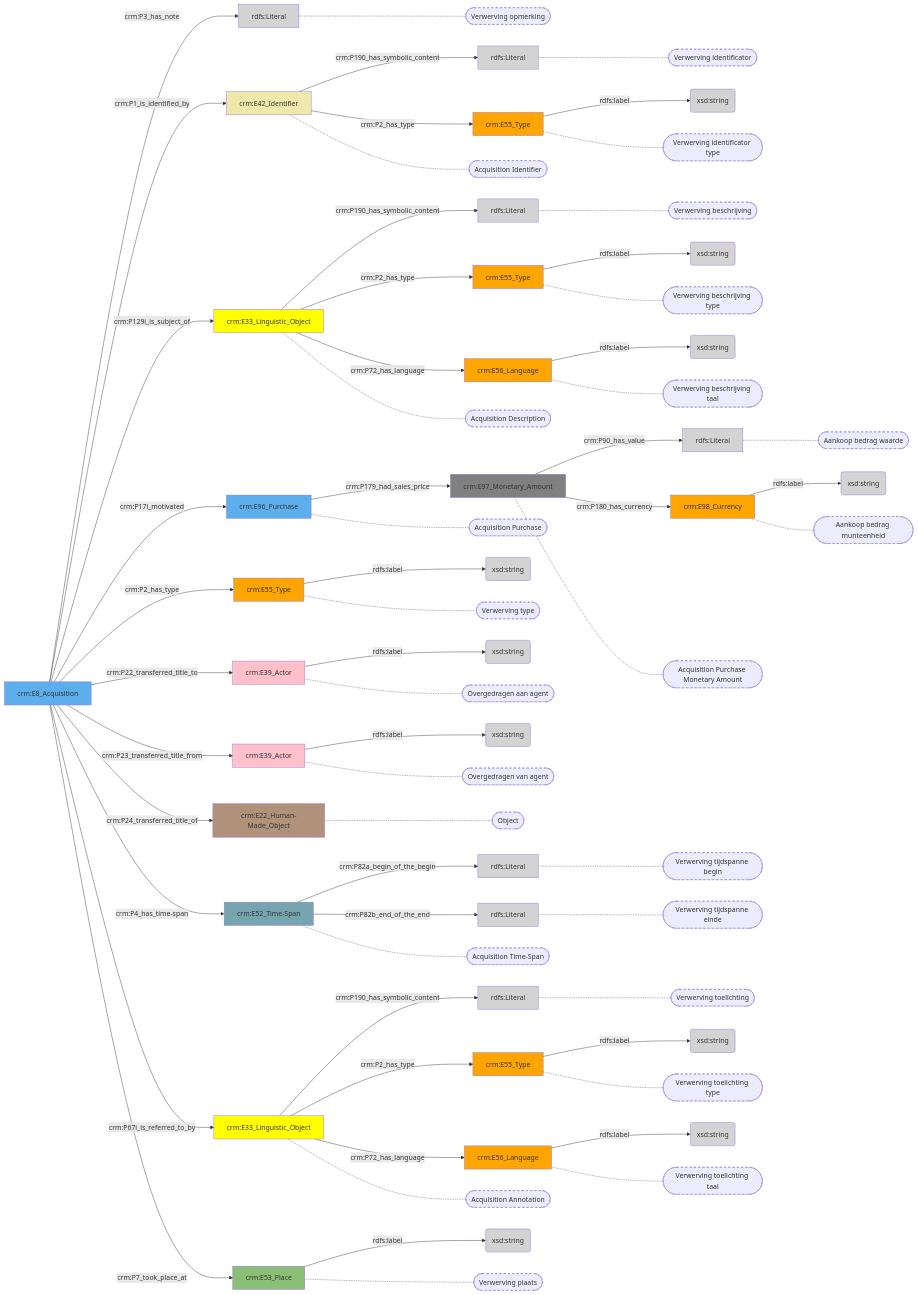
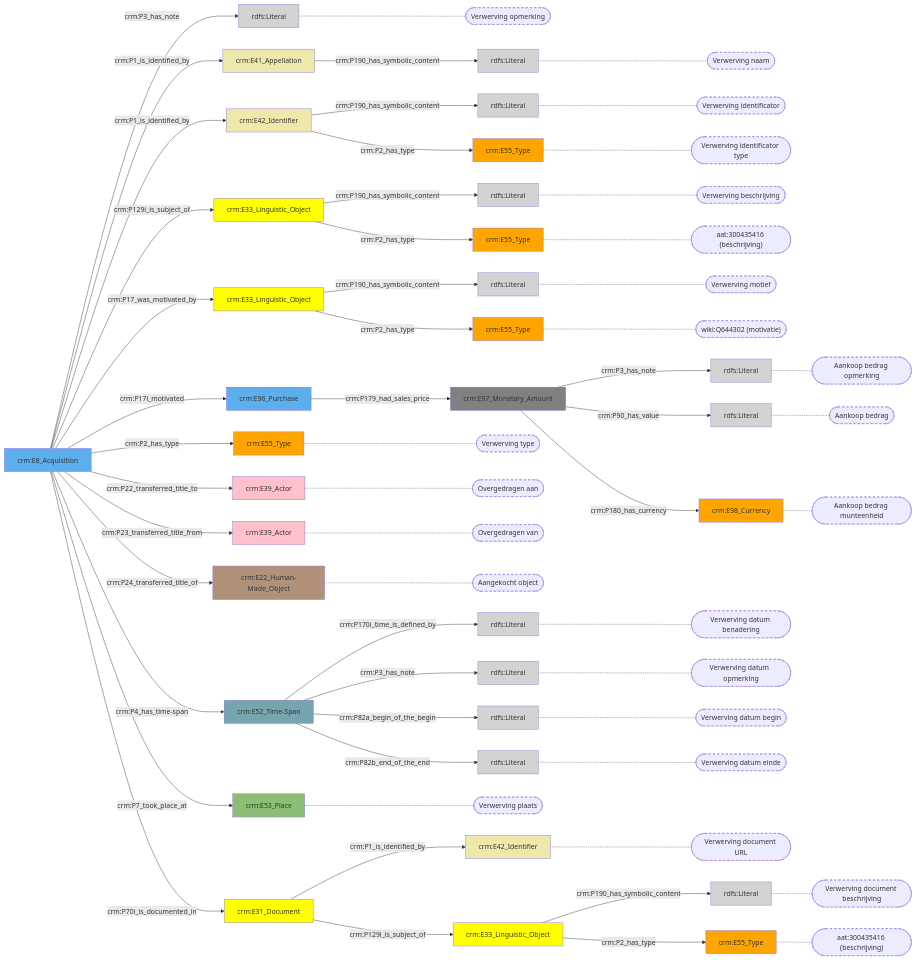
One commit to digipolisantwerpdocumentation/antwerp-cultureel-erfgoed changed the diagram in docs/content/modellen/Acquisition.md. Above: the diagram before and after it, drawn with Mermaid. The commit also changed 170 other files, not shown here.

````diff
--- a/docs/content/modellen/Acquisition.md
+++ b/docs/content/modellen/Acquisition.md
@@ -1,120 +1,114 @@
 ```mermaid
 graph LR
+style 0a2a3cd4-e991-11ed-9064-00163e71351b fill:#ffff00
+style 0a2a41ac-e991-11ed-9064-00163e71351b fill:#D3D3D3
+style 0a2a44d6-e991-11ed-9064-00163e71351b fill:#ffa500
+style 0b25d0f2-ee5b-11ed-9064-00163e71351b fill:#ffa500
+style 122e596a-e991-11ed-9232-00163e71351b fill:#D3D3D3
+style 24843382-e542-11ee-8f1b-960002548b4f fill:#EEE8AA
+style 2c119771-e540-11ee-b73f-960002548b4f fill:#D3D3D3
+style 30ce6bc2-3d17-11ef-ac04-960002548b4f fill:#D3D3D3
+style 35be857b-e542-11ee-98ef-960002548b4f fill:#D3D3D3
+style 37872002-ea6d-11ed-a1e6-00163e71351b fill:#5DAEEC
+style 39e86e48-e994-11ed-9232-00163e71351b fill:#B0927A
+style 3bcc24d5-e540-11ee-94ee-960002548b4f fill:#ffa500
+style 4b81aff7-e541-11ee-921a-960002548b4f fill:#ffff00
+style 572bbd7d-3d17-11ef-93c1-960002548b4f fill:#D3D3D3
+style 695b5b55-f19f-11ee-a866-960002548b4f fill:#D3D3D3
+style 70b9ebb3-e541-11ee-8711-960002548b4f fill:#D3D3D3
+style 7b658ca8-d44e-11ed-9064-00163e71351b fill:#5DAEEC
+style 7fd84e3a-e991-11ed-9655-00163e71351b fill:#8CBF76
+style 8be2fd34-e990-11ed-9655-00163e71351b fill:#ffc0cb
+style 99988ee4-e990-11ed-9232-00163e71351b fill:#ffa500
+style b2f4b0e2-e991-11ed-9064-00163e71351b fill:#ffc0cb
+style b35a7c94-b086-11ee-b321-960002548b4f fill:#EEE8AA
+style b35a81b6-b086-11ee-a40a-960002548b4f fill:#D3D3D3
+style b35a82e2-b086-11ee-913f-960002548b4f fill:#ffa500
+style bd85e9d7-e53f-11ee-9402-960002548b4f fill:#ffff00
+style bfbfd116-ee5b-11ed-9232-00163e71351b fill:#D3D3D3
+style cc4f2144-ea6d-11ed-9232-00163e71351b fill:#808080
+style ce2590b1-6e7f-11ef-a8c0-960002548b4f fill:#ffa500
+style d5400f4c-e53f-11ee-928f-960002548b4f fill:#EEE8AA
+style d638bcba-e541-11ee-bb9d-960002548b4f fill:#D3D3D3
+style d865b38b-645b-11ef-b970-960002548b4f fill:#D3D3D3
+style dcc8aca4-f0c9-11ee-b461-960002548b4f fill:#76A5AF
+style fa4a2c3c-e53f-11ee-a766-960002548b4f fill:#ffff00
 0a2a3cd4-e991-11ed-9064-00163e71351b["crm:E33_Linguistic_Object"]-->|"crm:P190_has_symbolic_content"|0a2a41ac-e991-11ed-9064-00163e71351b(rdfs:Literal)
-0a2a44d6-e991-11ed-9064-00163e71351b["crm:E55_Type"]-->|"rdfs:label"|0a2a4364-e991-11ed-9064-00163e71351b(xsd:string)
-0a2a479c-e991-11ed-9064-00163e71351b["crm:E56_Language"]-->|"rdfs:label"|0a2a463e-e991-11ed-9064-00163e71351b(xsd:string)
-0b25d0f2-ee5b-11ed-9064-00163e71351b["crm:E98_Currency"]-->|"rdfs:label"|2b87213e-ee5b-11ed-9232-00163e71351b(xsd:string)
+24843382-e542-11ee-8f1b-960002548b4f["crm:E41_Appellation"]-->|"crm:P190_has_symbolic_content"|35be857b-e542-11ee-98ef-960002548b4f(rdfs:Literal)
+4b81aff7-e541-11ee-921a-960002548b4f["crm:E33_Linguistic_Object"]-->|"crm:P190_has_symbolic_content"|70b9ebb3-e541-11ee-8711-960002548b4f(rdfs:Literal)
 7b658ca8-d44e-11ed-9064-00163e71351b["crm:E8_Acquisition"]-->|"crm:P3_has_note"|122e596a-e991-11ed-9232-00163e71351b(rdfs:Literal)
-7fd84e3a-e991-11ed-9655-00163e71351b["crm:E53_Place"]-->|"rdfs:label"|944805ae-e991-11ed-9655-00163e71351b(xsd:string)
-8b3dd634-ee3a-11ed-9232-00163e71351b["crm:E33_Linguistic_Object"]-->|"crm:P190_has_symbolic_content"|8b3ddc60-ee3a-11ed-9232-00163e71351b(rdfs:Literal)
-8b3dda12-ee3a-11ed-9232-00163e71351b["crm:E55_Type"]-->|"rdfs:label"|8b3dde5e-ee3a-11ed-9232-00163e71351b(xsd:string)
-8b3ddb52-ee3a-11ed-9232-00163e71351b["crm:E56_Language"]-->|"rdfs:label"|8b3ddd5a-ee3a-11ed-9232-00163e71351b(xsd:string)
-8be2fd34-e990-11ed-9655-00163e71351b["crm:E39_Actor"]-->|"rdfs:label"|8be301f8-e990-11ed-9655-00163e71351b(xsd:string)
-920ead2a-e990-11ed-9232-00163e71351b["crm:E52_Time-Span"]-->|"crm:P82a_begin_of_the_begin"|920eb66c-e990-11ed-9232-00163e71351b(rdfs:Literal)
-920ead2a-e990-11ed-9232-00163e71351b["crm:E52_Time-Span"]-->|"crm:P82b_end_of_the_end"|920eb400-e990-11ed-9232-00163e71351b(rdfs:Literal)
-99988ee4-e990-11ed-9232-00163e71351b["crm:E55_Type"]-->|"rdfs:label"|999895b0-e990-11ed-9232-00163e71351b(xsd:string)
-b2f4b0e2-e991-11ed-9064-00163e71351b["crm:E39_Actor"]-->|"rdfs:label"|c905c4f2-e991-11ed-9232-00163e71351b(xsd:string)
 b35a7c94-b086-11ee-b321-960002548b4f["crm:E42_Identifier"]-->|"crm:P190_has_symbolic_content"|b35a81b6-b086-11ee-a40a-960002548b4f(rdfs:Literal)
-b35a82e2-b086-11ee-913f-960002548b4f["crm:E55_Type"]-->|"rdfs:label"|b35a8079-b086-11ee-a834-960002548b4f(xsd:string)
+cc4f2144-ea6d-11ed-9232-00163e71351b["crm:E97_Monetary_Amount"]-->|"crm:P3_has_note"|d638bcba-e541-11ee-bb9d-960002548b4f(rdfs:Literal)
 cc4f2144-ea6d-11ed-9232-00163e71351b["crm:E97_Monetary_Amount"]-->|"crm:P90_has_value"|bfbfd116-ee5b-11ed-9232-00163e71351b(rdfs:Literal)
+dcc8aca4-f0c9-11ee-b461-960002548b4f["crm:E52_Time-Span"]-->|"crm:P170i_time_is_defined_by"|d865b38b-645b-11ef-b970-960002548b4f(rdfs:Literal)
+dcc8aca4-f0c9-11ee-b461-960002548b4f["crm:E52_Time-Span"]-->|"crm:P3_has_note"|695b5b55-f19f-11ee-a866-960002548b4f(rdfs:Literal)
+dcc8aca4-f0c9-11ee-b461-960002548b4f["crm:E52_Time-Span"]-->|"crm:P82a_begin_of_the_begin"|30ce6bc2-3d17-11ef-ac04-960002548b4f(rdfs:Literal)
+dcc8aca4-f0c9-11ee-b461-960002548b4f["crm:E52_Time-Span"]-->|"crm:P82b_end_of_the_end"|572bbd7d-3d17-11ef-93c1-960002548b4f(rdfs:Literal)
+fa4a2c3c-e53f-11ee-a766-960002548b4f["crm:E33_Linguistic_Object"]-->|"crm:P190_has_symbolic_content"|2c119771-e540-11ee-b73f-960002548b4f(rdfs:Literal)
+0a2a41ac-e991-11ed-9064-00163e71351b["rdfs:Literal"]-.-0a2a41ac-e991-11ed-9064-00163e71351b_s(["Verwerving beschrijving"])
+0a2a44d6-e991-11ed-9064-00163e71351b["crm:E55_Type"]-.-0a2a44d6-e991-11ed-9064-00163e71351b_s(["aat:300435416 (beschrijving)"])
+35be857b-e542-11ee-98ef-960002548b4f["rdfs:Literal"]-.-35be857b-e542-11ee-98ef-960002548b4f_s(["Verwerving naam"])
+70b9ebb3-e541-11ee-8711-960002548b4f["rdfs:Literal"]-.-70b9ebb3-e541-11ee-8711-960002548b4f_s(["Verwerving motief"])
+ce2590b1-6e7f-11ef-a8c0-960002548b4f["crm:E55_Type"]-.-ce2590b1-6e7f-11ef-a8c0-960002548b4f_s(["wiki:Q644302 (motivatie)"])
+99988ee4-e990-11ed-9232-00163e71351b["crm:E55_Type"]-.-99988ee4-e990-11ed-9232-00163e71351b_s(["Verwerving type"])
+b2f4b0e2-e991-11ed-9064-00163e71351b["crm:E39_Actor"]-.-b2f4b0e2-e991-11ed-9064-00163e71351b_s(["Overgedragen aan"])
+8be2fd34-e990-11ed-9655-00163e71351b["crm:E39_Actor"]-.-8be2fd34-e990-11ed-9655-00163e71351b_s(["Overgedragen van"])
+39e86e48-e994-11ed-9232-00163e71351b["crm:E22_Human-Made_Object"]-.-39e86e48-e994-11ed-9232-00163e71351b_s(["Aangekocht object"])
+122e596a-e991-11ed-9232-00163e71351b["rdfs:Literal"]-.-122e596a-e991-11ed-9232-00163e71351b_s(["Verwerving opmerking"])
+7fd84e3a-e991-11ed-9655-00163e71351b["crm:E53_Place"]-.-7fd84e3a-e991-11ed-9655-00163e71351b_s(["Verwerving plaats"])
+b35a81b6-b086-11ee-a40a-960002548b4f["rdfs:Literal"]-.-b35a81b6-b086-11ee-a40a-960002548b4f_s(["Verwerving identificator"])
+b35a82e2-b086-11ee-913f-960002548b4f["crm:E55_Type"]-.-b35a82e2-b086-11ee-913f-960002548b4f_s(["Verwerving identificator type"])
+d5400f4c-e53f-11ee-928f-960002548b4f["crm:E42_Identifier"]-.-d5400f4c-e53f-11ee-928f-960002548b4f_s(["Verwerving document URL"])
+0b25d0f2-ee5b-11ed-9064-00163e71351b["crm:E98_Currency"]-.-0b25d0f2-ee5b-11ed-9064-00163e71351b_s(["Aankoop bedrag munteenheid"])
+d638bcba-e541-11ee-bb9d-960002548b4f["rdfs:Literal"]-.-d638bcba-e541-11ee-bb9d-960002548b4f_s(["Aankoop bedrag opmerking"])
+bfbfd116-ee5b-11ed-9232-00163e71351b["rdfs:Literal"]-.-bfbfd116-ee5b-11ed-9232-00163e71351b_s(["Aankoop bedrag"])
+d865b38b-645b-11ef-b970-960002548b4f["rdfs:Literal"]-.-d865b38b-645b-11ef-b970-960002548b4f_s(["Verwerving datum benadering"])
+695b5b55-f19f-11ee-a866-960002548b4f["rdfs:Literal"]-.-695b5b55-f19f-11ee-a866-960002548b4f_s(["Verwerving datum  opmerking"])
+30ce6bc2-3d17-11ef-ac04-960002548b4f["rdfs:Literal"]-.-30ce6bc2-3d17-11ef-ac04-960002548b4f_s(["Verwerving datum begin"])
+572bbd7d-3d17-11ef-93c1-960002548b4f["rdfs:Literal"]-.-572bbd7d-3d17-11ef-93c1-960002548b4f_s(["Verwerving datum einde"])
+2c119771-e540-11ee-b73f-960002548b4f["rdfs:Literal"]-.-2c119771-e540-11ee-b73f-960002548b4f_s(["Verwerving document beschrijving"])
+3bcc24d5-e540-11ee-94ee-960002548b4f["crm:E55_Type"]-.-3bcc24d5-e540-11ee-94ee-960002548b4f_s(["aat:300435416 (beschrijving)"])
 0a2a3cd4-e991-11ed-9064-00163e71351b["crm:E33_Linguistic_Object"]-->|"crm:P2_has_type"|0a2a44d6-e991-11ed-9064-00163e71351b["crm:E55_Type"]
-0a2a3cd4-e991-11ed-9064-00163e71351b["crm:E33_Linguistic_Object"]-->|"crm:P72_has_language"|0a2a479c-e991-11ed-9064-00163e71351b["crm:E56_Language"]
 37872002-ea6d-11ed-a1e6-00163e71351b["crm:E96_Purchase"]-->|"crm:P179_had_sales_price"|cc4f2144-ea6d-11ed-9232-00163e71351b["crm:E97_Monetary_Amount"]
+4b81aff7-e541-11ee-921a-960002548b4f["crm:E33_Linguistic_Object"]-->|"crm:P2_has_type"|ce2590b1-6e7f-11ef-a8c0-960002548b4f["crm:E55_Type"]
+7b658ca8-d44e-11ed-9064-00163e71351b["crm:E8_Acquisition"]-->|"crm:P1_is_identified_by"|24843382-e542-11ee-8f1b-960002548b4f["crm:E41_Appellation"]
 7b658ca8-d44e-11ed-9064-00163e71351b["crm:E8_Acquisition"]-->|"crm:P1_is_identified_by"|b35a7c94-b086-11ee-b321-960002548b4f["crm:E42_Identifier"]
 7b658ca8-d44e-11ed-9064-00163e71351b["crm:E8_Acquisition"]-->|"crm:P129i_is_subject_of"|0a2a3cd4-e991-11ed-9064-00163e71351b["crm:E33_Linguistic_Object"]
+7b658ca8-d44e-11ed-9064-00163e71351b["crm:E8_Acquisition"]-->|"crm:P17_was_motivated_by"|4b81aff7-e541-11ee-921a-960002548b4f["crm:E33_Linguistic_Object"]
 7b658ca8-d44e-11ed-9064-00163e71351b["crm:E8_Acquisition"]-->|"crm:P17i_motivated"|37872002-ea6d-11ed-a1e6-00163e71351b["crm:E96_Purchase"]
 7b658ca8-d44e-11ed-9064-00163e71351b["crm:E8_Acquisition"]-->|"crm:P2_has_type"|99988ee4-e990-11ed-9232-00163e71351b["crm:E55_Type"]
 7b658ca8-d44e-11ed-9064-00163e71351b["crm:E8_Acquisition"]-->|"crm:P22_transferred_title_to"|b2f4b0e2-e991-11ed-9064-00163e71351b["crm:E39_Actor"]
 7b658ca8-d44e-11ed-9064-00163e71351b["crm:E8_Acquisition"]-->|"crm:P23_transferred_title_from"|8be2fd34-e990-11ed-9655-00163e71351b["crm:E39_Actor"]
 7b658ca8-d44e-11ed-9064-00163e71351b["crm:E8_Acquisition"]-->|"crm:P24_transferred_title_of"|39e86e48-e994-11ed-9232-00163e71351b["crm:E22_Human-Made_Object"]
-7b658ca8-d44e-11ed-9064-00163e71351b["crm:E8_Acquisition"]-->|"crm:P4_has_time-span"|920ead2a-e990-11ed-9232-00163e71351b["crm:E52_Time-Span"]
-7b658ca8-d44e-11ed-9064-00163e71351b["crm:E8_Acquisition"]-->|"crm:P67i_is_referred_to_by"|8b3dd634-ee3a-11ed-9232-00163e71351b["crm:E33_Linguistic_Object"]
+7b658ca8-d44e-11ed-9064-00163e71351b["crm:E8_Acquisition"]-->|"crm:P4_has_time-span"|dcc8aca4-f0c9-11ee-b461-960002548b4f["crm:E52_Time-Span"]
 7b658ca8-d44e-11ed-9064-00163e71351b["crm:E8_Acquisition"]-->|"crm:P7_took_place_at"|7fd84e3a-e991-11ed-9655-00163e71351b["crm:E53_Place"]
-8b3dd634-ee3a-11ed-9232-00163e71351b["crm:E33_Linguistic_Object"]-->|"crm:P2_has_type"|8b3dda12-ee3a-11ed-9232-00163e71351b["crm:E55_Type"]
-8b3dd634-ee3a-11ed-9232-00163e71351b["crm:E33_Linguistic_Object"]-->|"crm:P72_has_language"|8b3ddb52-ee3a-11ed-9232-00163e71351b["crm:E56_Language"]
+7b658ca8-d44e-11ed-9064-00163e71351b["crm:E8_Acquisition"]-->|"crm:P70i_is_documented_in"|bd85e9d7-e53f-11ee-9402-960002548b4f["crm:E31_Document"]
 b35a7c94-b086-11ee-b321-960002548b4f["crm:E42_Identifier"]-->|"crm:P2_has_type"|b35a82e2-b086-11ee-913f-960002548b4f["crm:E55_Type"]
+bd85e9d7-e53f-11ee-9402-960002548b4f["crm:E31_Document"]-->|"crm:P1_is_identified_by"|d5400f4c-e53f-11ee-928f-960002548b4f["crm:E42_Identifier"]
+bd85e9d7-e53f-11ee-9402-960002548b4f["crm:E31_Document"]-->|"crm:P129i_is_subject_of"|fa4a2c3c-e53f-11ee-a766-960002548b4f["crm:E33_Linguistic_Object"]
 cc4f2144-ea6d-11ed-9232-00163e71351b["crm:E97_Monetary_Amount"]-->|"crm:P180_has_currency"|0b25d0f2-ee5b-11ed-9064-00163e71351b["crm:E98_Currency"]
+fa4a2c3c-e53f-11ee-a766-960002548b4f["crm:E33_Linguistic_Object"]-->|"crm:P2_has_type"|3bcc24d5-e540-11ee-94ee-960002548b4f["crm:E55_Type"]
 style 0a2a41ac-e991-11ed-9064-00163e71351b_s stroke-dasharray: 5
 style 0a2a44d6-e991-11ed-9064-00163e71351b_s stroke-dasharray: 5
-style 0a2a479c-e991-11ed-9064-00163e71351b_s stroke-dasharray: 5
-style cc4f2144-ea6d-11ed-9232-00163e71351b_s stroke-dasharray: 5
-style b35a7c94-b086-11ee-b321-960002548b4f_s stroke-dasharray: 5
-style 0a2a3cd4-e991-11ed-9064-00163e71351b_s stroke-dasharray: 5
-style 37872002-ea6d-11ed-a1e6-00163e71351b_s stroke-dasharray: 5
+style 35be857b-e542-11ee-98ef-960002548b4f_s stroke-dasharray: 5
+style 70b9ebb3-e541-11ee-8711-960002548b4f_s stroke-dasharray: 5
+style ce2590b1-6e7f-11ef-a8c0-960002548b4f_s stroke-dasharray: 5
 style 99988ee4-e990-11ed-9232-00163e71351b_s stroke-dasharray: 5
 style b2f4b0e2-e991-11ed-9064-00163e71351b_s stroke-dasharray: 5
 style 8be2fd34-e990-11ed-9655-00163e71351b_s stroke-dasharray: 5
 style 39e86e48-e994-11ed-9232-00163e71351b_s stroke-dasharray: 5
 style 122e596a-e991-11ed-9232-00163e71351b_s stroke-dasharray: 5
-style 920ead2a-e990-11ed-9232-00163e71351b_s stroke-dasharray: 5
-style 8b3dd634-ee3a-11ed-9232-00163e71351b_s stroke-dasharray: 5
 style 7fd84e3a-e991-11ed-9655-00163e71351b_s stroke-dasharray: 5
-style 8b3ddc60-ee3a-11ed-9232-00163e71351b_s stroke-dasharray: 5
-style 8b3dda12-ee3a-11ed-9232-00163e71351b_s stroke-dasharray: 5
-style 8b3ddb52-ee3a-11ed-9232-00163e71351b_s stroke-dasharray: 5
-style 920eb66c-e990-11ed-9232-00163e71351b_s stroke-dasharray: 5
-style 920eb400-e990-11ed-9232-00163e71351b_s stroke-dasharray: 5
 style b35a81b6-b086-11ee-a40a-960002548b4f_s stroke-dasharray: 5
 style b35a82e2-b086-11ee-913f-960002548b4f_s stroke-dasharray: 5
+style d5400f4c-e53f-11ee-928f-960002548b4f_s stroke-dasharray: 5
 style 0b25d0f2-ee5b-11ed-9064-00163e71351b_s stroke-dasharray: 5
+style d638bcba-e541-11ee-bb9d-960002548b4f_s stroke-dasharray: 5
 style bfbfd116-ee5b-11ed-9232-00163e71351b_s stroke-dasharray: 5
-0a2a41ac-e991-11ed-9064-00163e71351b["rdfs:Literal"]-.-0a2a41ac-e991-11ed-9064-00163e71351b_s(["Verwerving beschrijving"])
-0a2a44d6-e991-11ed-9064-00163e71351b["crm:E55_Type"]-.-0a2a44d6-e991-11ed-9064-00163e71351b_s(["Verwerving beschrijving type"])
-0a2a479c-e991-11ed-9064-00163e71351b["crm:E56_Language"]-.-0a2a479c-e991-11ed-9064-00163e71351b_s(["Verwerving beschrijving taal"])
-cc4f2144-ea6d-11ed-9232-00163e71351b["crm:E97_Monetary_Amount"]-.-cc4f2144-ea6d-11ed-9232-00163e71351b_s(["Acquisition Purchase Monetary Amount"])
-b35a7c94-b086-11ee-b321-960002548b4f["crm:E42_Identifier"]-.-b35a7c94-b086-11ee-b321-960002548b4f_s(["Acquisition Identifier"])
-0a2a3cd4-e991-11ed-9064-00163e71351b["crm:E33_Linguistic_Object"]-.-0a2a3cd4-e991-11ed-9064-00163e71351b_s(["Acquisition Description"])
-37872002-ea6d-11ed-a1e6-00163e71351b["crm:E96_Purchase"]-.-37872002-ea6d-11ed-a1e6-00163e71351b_s(["Acquisition Purchase"])
-99988ee4-e990-11ed-9232-00163e71351b["crm:E55_Type"]-.-99988ee4-e990-11ed-9232-00163e71351b_s(["Verwerving type"])
-b2f4b0e2-e991-11ed-9064-00163e71351b["crm:E39_Actor"]-.-b2f4b0e2-e991-11ed-9064-00163e71351b_s(["Overgedragen aan agent"])
-8be2fd34-e990-11ed-9655-00163e71351b["crm:E39_Actor"]-.-8be2fd34-e990-11ed-9655-00163e71351b_s(["Overgedragen van agent"])
-39e86e48-e994-11ed-9232-00163e71351b["crm:E22_Human-Made_Object"]-.-39e86e48-e994-11ed-9232-00163e71351b_s(["Object"])
-122e596a-e991-11ed-9232-00163e71351b["rdfs:Literal"]-.-122e596a-e991-11ed-9232-00163e71351b_s(["Verwerving opmerking"])
-920ead2a-e990-11ed-9232-00163e71351b["crm:E52_Time-Span"]-.-920ead2a-e990-11ed-9232-00163e71351b_s(["Acquisition Time-Span"])
-8b3dd634-ee3a-11ed-9232-00163e71351b["crm:E33_Linguistic_Object"]-.-8b3dd634-ee3a-11ed-9232-00163e71351b_s(["Acquisition Annotation"])
-7fd84e3a-e991-11ed-9655-00163e71351b["crm:E53_Place"]-.-7fd84e3a-e991-11ed-9655-00163e71351b_s(["Verwerving plaats"])
-8b3ddc60-ee3a-11ed-9232-00163e71351b["rdfs:Literal"]-.-8b3ddc60-ee3a-11ed-9232-00163e71351b_s(["Verwerving toelichting"])
-8b3dda12-ee3a-11ed-9232-00163e71351b["crm:E55_Type"]-.-8b3dda12-ee3a-11ed-9232-00163e71351b_s(["Verwerving toelichting type"])
-8b3ddb52-ee3a-11ed-9232-00163e71351b["crm:E56_Language"]-.-8b3ddb52-ee3a-11ed-9232-00163e71351b_s(["Verwerving toelichting taal"])
-920eb66c-e990-11ed-9232-00163e71351b["rdfs:Literal"]-.-920eb66c-e990-11ed-9232-00163e71351b_s(["Verwerving tijdspanne begin"])
-920eb400-e990-11ed-9232-00163e71351b["rdfs:Literal"]-.-920eb400-e990-11ed-9232-00163e71351b_s(["Verwerving tijdspanne einde"])
-b35a81b6-b086-11ee-a40a-960002548b4f["rdfs:Literal"]-.-b35a81b6-b086-11ee-a40a-960002548b4f_s(["Verwerving identificator"])
-b35a82e2-b086-11ee-913f-960002548b4f["crm:E55_Type"]-.-b35a82e2-b086-11ee-913f-960002548b4f_s(["Verwerving identificator type"])
-0b25d0f2-ee5b-11ed-9064-00163e71351b["crm:E98_Currency"]-.-0b25d0f2-ee5b-11ed-9064-00163e71351b_s(["Aankoop bedrag munteenheid"])
-bfbfd116-ee5b-11ed-9232-00163e71351b["rdfs:Literal"]-.-bfbfd116-ee5b-11ed-9232-00163e71351b_s(["Aankoop bedrag waarde"])
-style 0a2a3cd4-e991-11ed-9064-00163e71351b fill:#ffff00
-style 0a2a41ac-e991-11ed-9064-00163e71351b fill:#D3D3D3
-style 0a2a4364-e991-11ed-9064-00163e71351b fill:#D3D3D3
-style 0a2a44d6-e991-11ed-9064-00163e71351b fill:#ffa500
-style 0a2a463e-e991-11ed-9064-00163e71351b fill:#D3D3D3
-style 0a2a479c-e991-11ed-9064-00163e71351b fill:#ffa500
-style 0b25d0f2-ee5b-11ed-9064-00163e71351b fill:#ffa500
-style 122e596a-e991-11ed-9232-00163e71351b fill:#D3D3D3
-style 2b87213e-ee5b-11ed-9232-00163e71351b fill:#D3D3D3
-style 37872002-ea6d-11ed-a1e6-00163e71351b fill:#5DAEEC
-style 39e86e48-e994-11ed-9232-00163e71351b fill:#B0927A
-style 7b658ca8-d44e-11ed-9064-00163e71351b fill:#5DAEEC
-style 7fd84e3a-e991-11ed-9655-00163e71351b fill:#8CBF76
-style 8b3dd634-ee3a-11ed-9232-00163e71351b fill:#ffff00
-style 8b3dda12-ee3a-11ed-9232-00163e71351b fill:#ffa500
-style 8b3ddb52-ee3a-11ed-9232-00163e71351b fill:#ffa500
-style 8b3ddc60-ee3a-11ed-9232-00163e71351b fill:#D3D3D3
-style 8b3ddd5a-ee3a-11ed-9232-00163e71351b fill:#D3D3D3
-style 8b3dde5e-ee3a-11ed-9232-00163e71351b fill:#D3D3D3
-style 8be2fd34-e990-11ed-9655-00163e71351b fill:#ffc0cb
-style 8be301f8-e990-11ed-9655-00163e71351b fill:#D3D3D3
-style 920ead2a-e990-11ed-9232-00163e71351b fill:#76A5AF
-style 920eb400-e990-11ed-9232-00163e71351b fill:#D3D3D3
-style 920eb66c-e990-11ed-9232-00163e71351b fill:#D3D3D3
-style 944805ae-e991-11ed-9655-00163e71351b fill:#D3D3D3
-style 99988ee4-e990-11ed-9232-00163e71351b fill:#ffa500
-style 999895b0-e990-11ed-9232-00163e71351b fill:#D3D3D3
-style b2f4b0e2-e991-11ed-9064-00163e71351b fill:#ffc0cb
-style b35a7c94-b086-11ee-b321-960002548b4f fill:#EEE8AA
-style b35a8079-b086-11ee-a834-960002548b4f fill:#D3D3D3
-style b35a81b6-b086-11ee-a40a-960002548b4f fill:#D3D3D3
-style b35a82e2-b086-11ee-913f-960002548b4f fill:#ffa500
-style bfbfd116-ee5b-11ed-9232-00163e71351b fill:#D3D3D3
-style c905c4f2-e991-11ed-9232-00163e71351b fill:#D3D3D3
-style cc4f2144-ea6d-11ed-9232-00163e71351b fill:#808080
+style d865b38b-645b-11ef-b970-960002548b4f_s stroke-dasharray: 5
+style 695b5b55-f19f-11ee-a866-960002548b4f_s stroke-dasharray: 5
+style 30ce6bc2-3d17-11ef-ac04-960002548b4f_s stroke-dasharray: 5
+style 572bbd7d-3d17-11ef-93c1-960002548b4f_s stroke-dasharray: 5
+style 2c119771-e540-11ee-b73f-960002548b4f_s stroke-dasharray: 5
+style 3bcc24d5-e540-11ee-94ee-960002548b4f_s stroke-dasharray: 5
 ```
````
